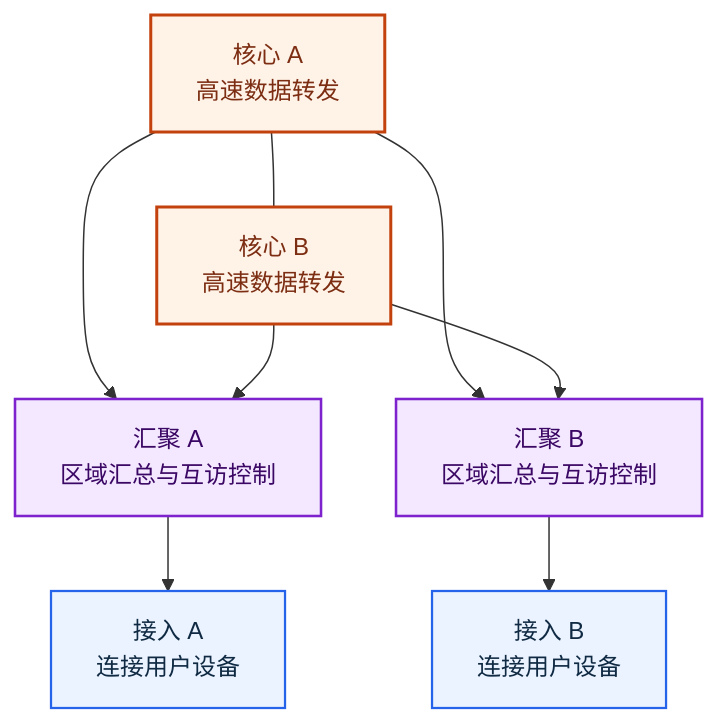
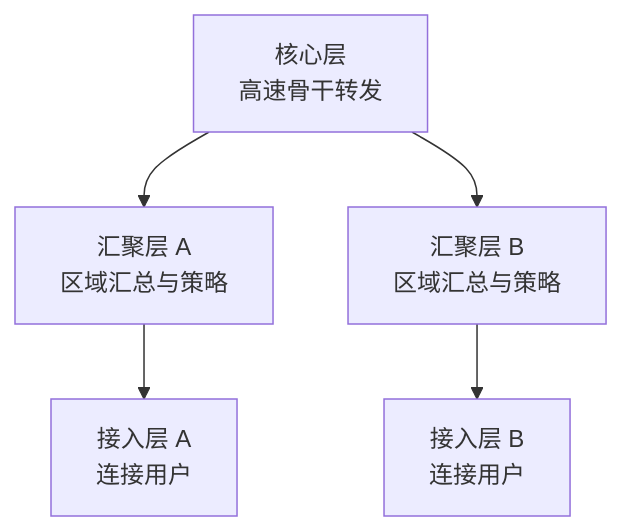
One commit to 74262195/system-architect-notes changed the diagram in 01_综合知识/01_计算机系统基础知识/03_计算机网络/08_网络工程与组网/层次化组网与冗余设计.md. Above: the diagram before and after it, drawn with Mermaid. The commit also changed other lines of this file, not shown here.

Commit message:
docs(network): clarify core aggregation access exam boundaries

````diff
--- a/01_综合知识/01_计算机系统基础知识/03_计算机网络/08_网络工程与组网/层次化组网与冗余设计.md
+++ b/01_综合知识/01_计算机系统基础知识/03_计算机网络/08_网络工程与组网/层次化组网与冗余设计.md
@@ -43,17 +50,12 @@
 ```mermaid
-%%{init: {'theme':'base','themeVariables':{'primaryTextColor':'#102A43','lineColor':'#475569','fontFamily':'-apple-system, BlinkMacSystemFont, "Segoe UI", sans-serif'}}}%%
 flowchart TB
-    C1[核心 A<br/>高速数据转发] --- C2[核心 B<br/>高速数据转发]
-    C1 --> A1[汇聚 A<br/>区域汇总与互访控制]
-    C1 --> A2[汇聚 B<br/>区域汇总与互访控制]
-    C2 --> A1
-    C2 --> A2
-    A1 --> E1[接入 A<br/>连接用户设备]
-    A2 --> E2[接入 B<br/>连接用户设备]
-    classDef core fill:#FFF3E8,stroke:#C2410C,color:#7C2D12,stroke-width:2px
-    classDef aggregation fill:#F3E8FF,stroke:#7E22CE,color:#3B0764,stroke-width:1.7px
-    classDef access fill:#EAF3FF,stroke:#2563EB,color:#102A43,stroke-width:1.5px
-    class C1,C2 core
-    class A1,A2 aggregation
-    class E1,E2 access
+    C[核心层<br/>高速骨干转发]
+    A1[汇聚层 A<br/>区域汇总与策略]
+    A2[汇聚层 B<br/>区域汇总与策略]
+    E1[接入层 A<br/>连接用户]
+    E2[接入层 B<br/>连接用户]
+    C --> A1
+    C --> A2
+    A1 --> E1
+    A2 --> E2
 ```
````
